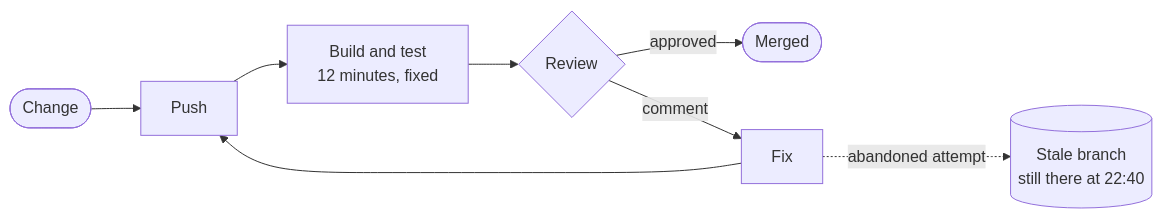
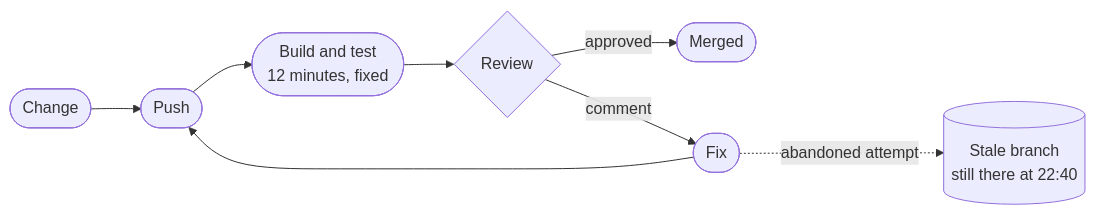
One commit to Laticent/lattice changed the second of 19 diagrams in examples/system-design-foundations.md. Above: the diagram before and after it, drawn with Mermaid. The commit also changed other lines of this file and 1 other file, not shown here.

First line of the commit message:
deck(examples): act on the re-score, and finish the diagram conversion

````diff
--- a/examples/system-design-foundations.md
+++ b/examples/system-design-foundations.md
@@ -316,10 +316,10 @@
 ```mermaid
 flowchart LR
-  IN(["Change"]) --> PUSH["Push"]
-  PUSH --> CI["Build and test<br/>12 minutes, fixed"]
+  IN(["Change"]) --> PUSH(["Push"])
+  PUSH --> CI(["Build and test<br/>12 minutes, fixed"])
   CI --> REV{"Review"}
   REV -->|"approved"| OUT(["Merged"])
-  REV -->|"comment"| FIX["Fix"]
+  REV -->|"comment"| FIX(["Fix"])
   FIX --> PUSH
   FIX -.->|"abandoned attempt"| ST[("Stale branch<br/>still there at 22:40")]
 ```
````
